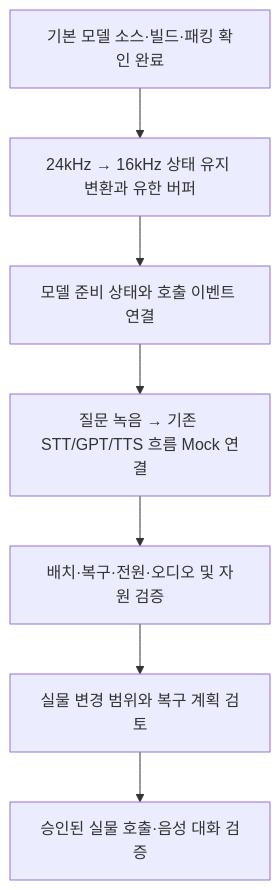
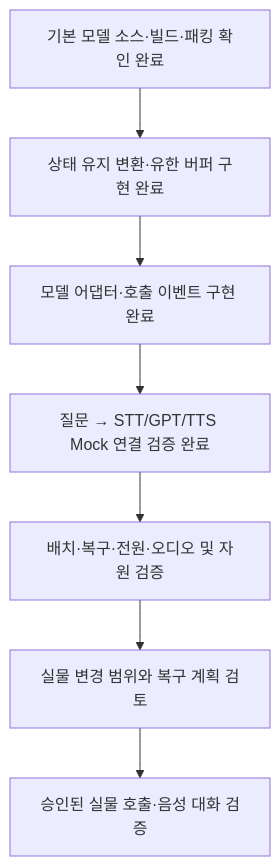
One commit to rownlvh8875-coder/stackchan-autonomy changed the diagram in docs/K151_BUILTIN_WAKE.ko.md. Above: the diagram before and after it, drawn with Mermaid. The commit also changed other lines of this file and 19 other files, not shown here.

````diff
--- a/docs/K151_BUILTIN_WAKE.ko.md
+++ b/docs/K151_BUILTIN_WAKE.ko.md
@@ -22,9 +31,9 @@
 ```mermaid
 flowchart TD
-    A[기본 모델 소스·빌드·패킹 확인 완료] --> B[24kHz → 16kHz 상태 유지 변환과 유한 버퍼]
-    B --> C[모델 준비 상태와 호출 이벤트 연결]
-    C --> D[질문 녹음 → 기존 STT/GPT/TTS 흐름 Mock 연결]
+    A[기본 모델 소스·빌드·패킹 확인 완료] --> B[상태 유지 변환·유한 버퍼 구현 완료]
+    B --> C[모델 어댑터·호출 이벤트 구현 완료]
+    C --> D[질문 → STT/GPT/TTS Mock 연결 검증 완료]
     D --> E[배치·복구·전원·오디오 및 자원 검증]
     E --> F[실물 변경 범위와 복구 계획 검토]
     F --> G[승인된 실물 호출·음성 대화 검증]
 ```
````
